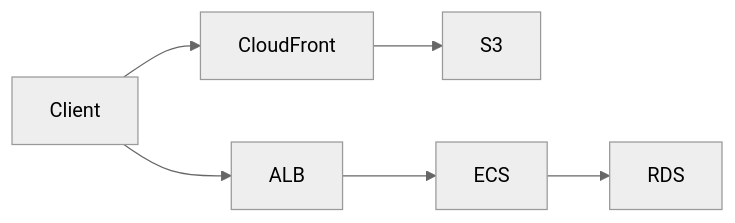
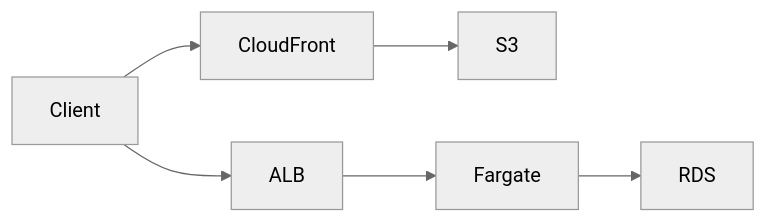
The second of 3 diagrams in README.md (x29general/PlasticModelApp.Public), drawn with Mermaid (neutral theme) before and after one commit. The commit also changed other lines of this file and 2 other files, not shown here.

````diff
--- a/README.md
+++ b/README.md
@@ -31,8 +31,8 @@
 ```mermaid
 flowchart LR
     Client --> CloudFront
     CloudFront --> S3
     Client --> ALB
-    ALB --> ECS
-    ECS --> RDS
+    ALB --> Fargate
+    Fargate --> RDS
 ```
````
